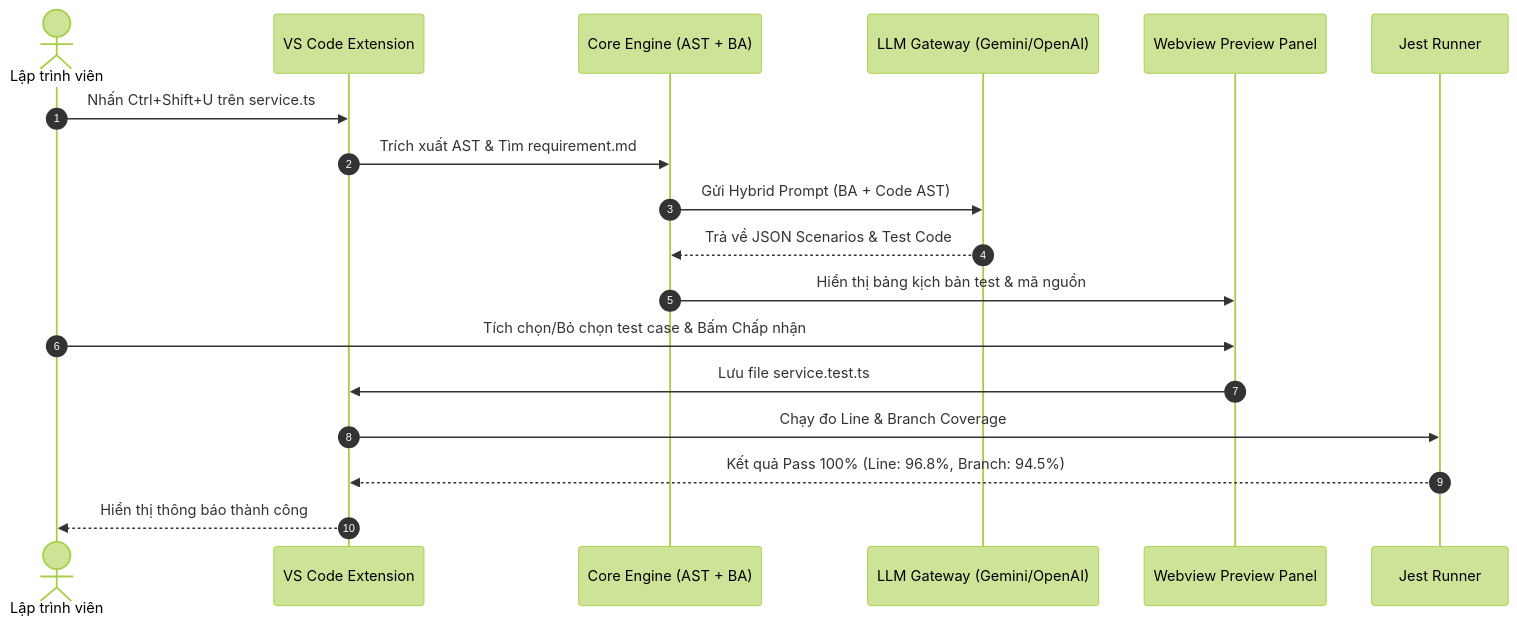
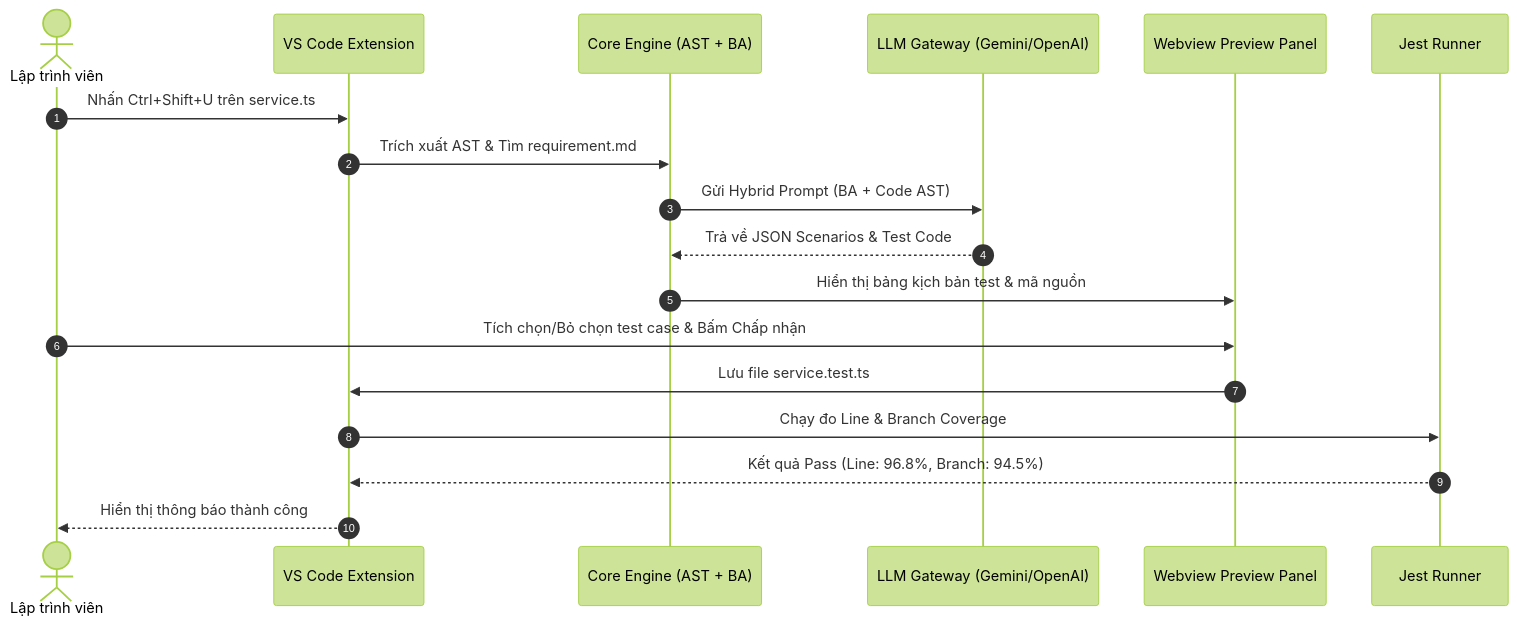
Before and after one commit to hoanglam0905/context-aware-unit-test-generation: the diagram in docs/extension_guide.md, drawn with Mermaid (forest theme). The commit also changed other lines of this file and 14 other files, not shown here.

````diff
--- a/docs/extension_guide.md
+++ b/docs/extension_guide.md
@@ -51,21 +51,21 @@
 ```mermaid
 sequenceDiagram
     autonumber
     actor Dev as Lập trình viên
     participant Ext as VS Code Extension
     participant Core as Core Engine (AST + BA)
     participant LLM as LLM Gateway (Gemini/OpenAI)
     participant UI as Webview Preview Panel
     participant Jest as Jest Runner
 
     Dev->>Ext: Nhấn Ctrl+Shift+U trên service.ts
     Ext->>Core: Trích xuất AST & Tìm requirement.md
     Core->>LLM: Gửi Hybrid Prompt (BA + Code AST)
     LLM-->>Core: Trả về JSON Scenarios & Test Code
     Core->>UI: Hiển thị bảng kịch bản test & mã nguồn
     Dev->>UI: Tích chọn/Bỏ chọn test case & Bấm Chấp nhận
     UI->>Ext: Lưu file service.test.ts
     Ext->>Jest: Chạy đo Line & Branch Coverage
-    Jest-->>Ext: Kết quả Pass 100% (Line: 96.8%, Branch: 94.5%)
+    Jest-->>Ext: Kết quả Pass (Line: 96.8%, Branch: 94.5%)
     Ext-->>Dev: Hiển thị thông báo thành công
 ```
````
